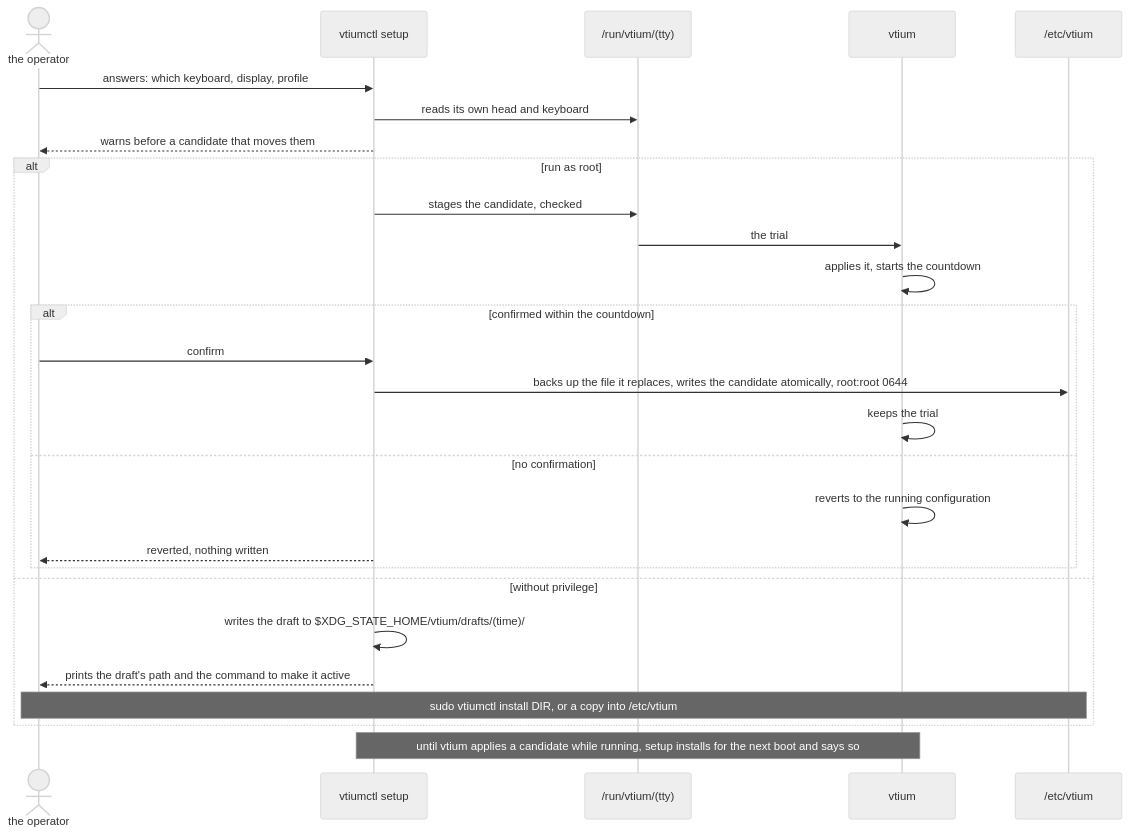
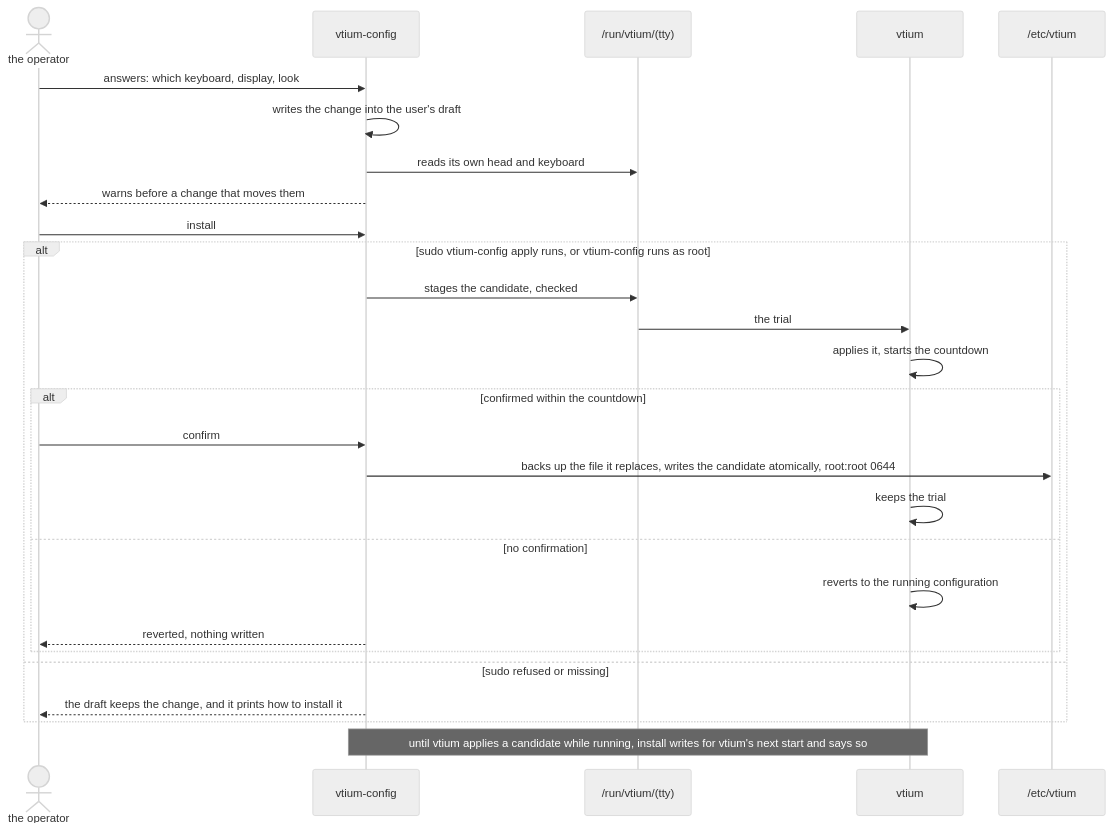
Before and after one commit to vtium/vtium: the sixth of 6 diagrams in docs/architecture/platform/ADR-1401-heads-a-terminal-per-physical-display-placed-by-a-first-match-ruleset.md, drawn with Mermaid (neutral theme). The commit also changed other lines of this file and 3 other files, not shown here.

First line of the commit message:
docs(adr-1401): vtium-config takes over D12's configuration tool, and vtiumctl is not built

````diff
--- a/docs/architecture/platform/ADR-1401-heads-a-terminal-per-physical-display-placed-by-a-first-match-ruleset.md
+++ b/docs/architecture/platform/ADR-1401-heads-a-terminal-per-physical-display-placed-by-a-first-match-ruleset.md
@@ -1165,29 +1183,29 @@
 ```mermaid
 sequenceDiagram
     actor Op as the operator
-    participant V as vtiumctl setup
+    participant V as vtium-config
     participant R as /run/vtium/(tty)
     participant T as vtium
     participant E as /etc/vtium
-    Op->>V: answers: which keyboard, display, profile
+    Op->>V: answers: which keyboard, display, look
+    V->>V: writes the change into the user's draft
     V->>R: reads its own head and keyboard
-    V-->>Op: warns before a candidate that moves them
-    alt run as root
+    V-->>Op: warns before a change that moves them
+    Op->>V: install
+    alt sudo vtium-config apply runs, or vtium-config runs as root
         V->>R: stages the candidate, checked
         R->>T: the trial
         T->>T: applies it, starts the countdown
         alt confirmed within the countdown
             Op->>V: confirm
             V->>E: backs up the file it replaces, writes the candidate atomically, root:root 0644
             T->>T: keeps the trial
         else no confirmation
             T->>T: reverts to the running configuration
             V-->>Op: reverted, nothing written
         end
-    else without privilege
-        V->>V: writes the draft to $XDG_STATE_HOME/vtium/drafts/(time)/
-        V-->>Op: prints the draft's path and the command to make it active
-        Note over Op,E: sudo vtiumctl install DIR, or a copy into /etc/vtium
+    else sudo refused or missing
+        V-->>Op: the draft keeps the change, and it prints how to install it
     end
-    Note over V,T: until vtium applies a candidate while running, setup installs for the next boot and says so
+    Note over V,T: until vtium applies a candidate while running, install writes for vtium's next start and says so
 ```
````
